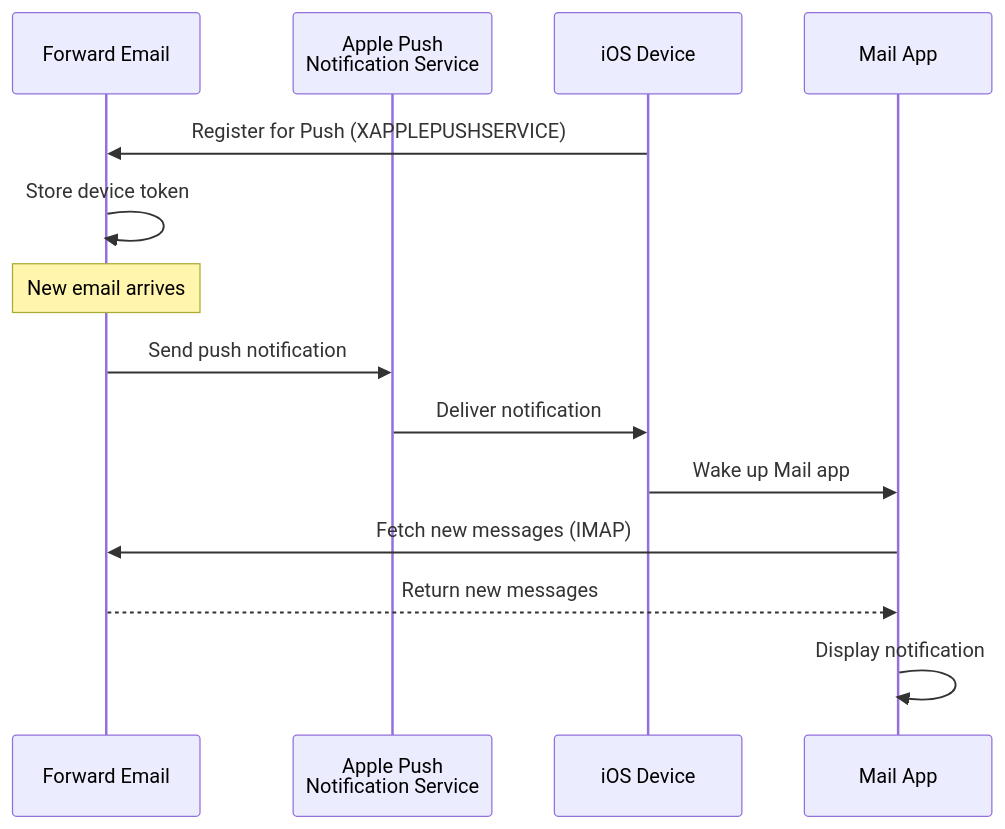
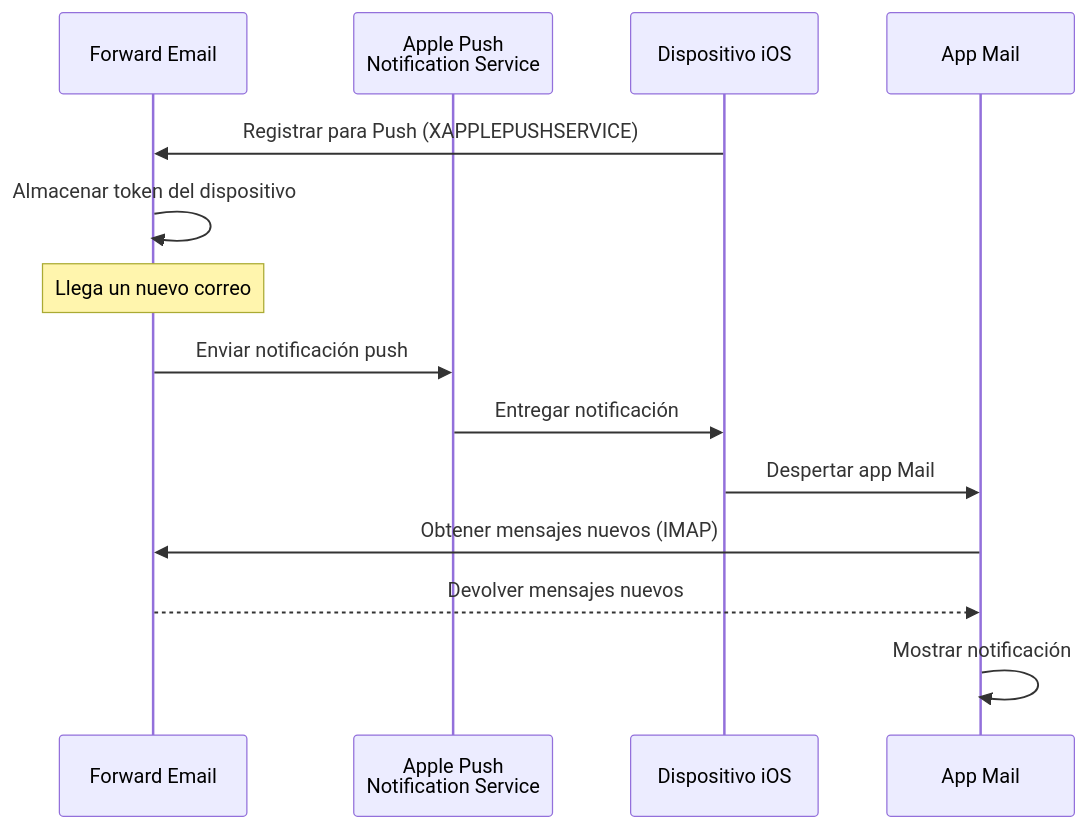
Diagram 16 of 16 in app/views/docs/email-protocols-rfc-compliance-imap-smtp-pop3-comparison/index-es.md (forwardemail/forwardemail.net), drawn with Mermaid before and after one commit. The commit also changed other lines of this file and 1055 other files, not shown here.

````diff
--- a/app/views/docs/email-protocols-rfc-compliance-imap-smtp-pop3-comparison/index-es.md
+++ b/app/views/docs/email-protocols-rfc-compliance-imap-smtp-pop3-comparison/index-es.md
@@ -1931,19 +1924,19 @@
 ```mermaid
 sequenceDiagram
     participant Server as Forward Email
     participant APNS as Apple Push<br/>Notification Service
-    participant iOS as iOS Device
-    participant Mail as Mail App
+    participant iOS as Dispositivo iOS
+    participant Mail as App Mail
 
-    iOS->>Server: Register for Push (XAPPLEPUSHSERVICE)
-    Server->>Server: Store device token
+    iOS->>Server: Registrar para Push (XAPPLEPUSHSERVICE)
+    Server->>Server: Almacenar token del dispositivo
 
-    Note over Server: New email arrives
+    Note over Server: Llega un nuevo correo
 
-    Server->>APNS: Send push notification
-    APNS->>iOS: Deliver notification
-    iOS->>Mail: Wake up Mail app
-    Mail->>Server: Fetch new messages (IMAP)
-    Server-->>Mail: Return new messages
-    Mail->>Mail: Display notification
+    Server->>APNS: Enviar notificación push
+    APNS->>iOS: Entregar notificación
+    iOS->>Mail: Despertar app Mail
+    Mail->>Server: Obtener mensajes nuevos (IMAP)
+    Server-->>Mail: Devolver mensajes nuevos
+    Mail->>Mail: Mostrar notificación
 ```
````
